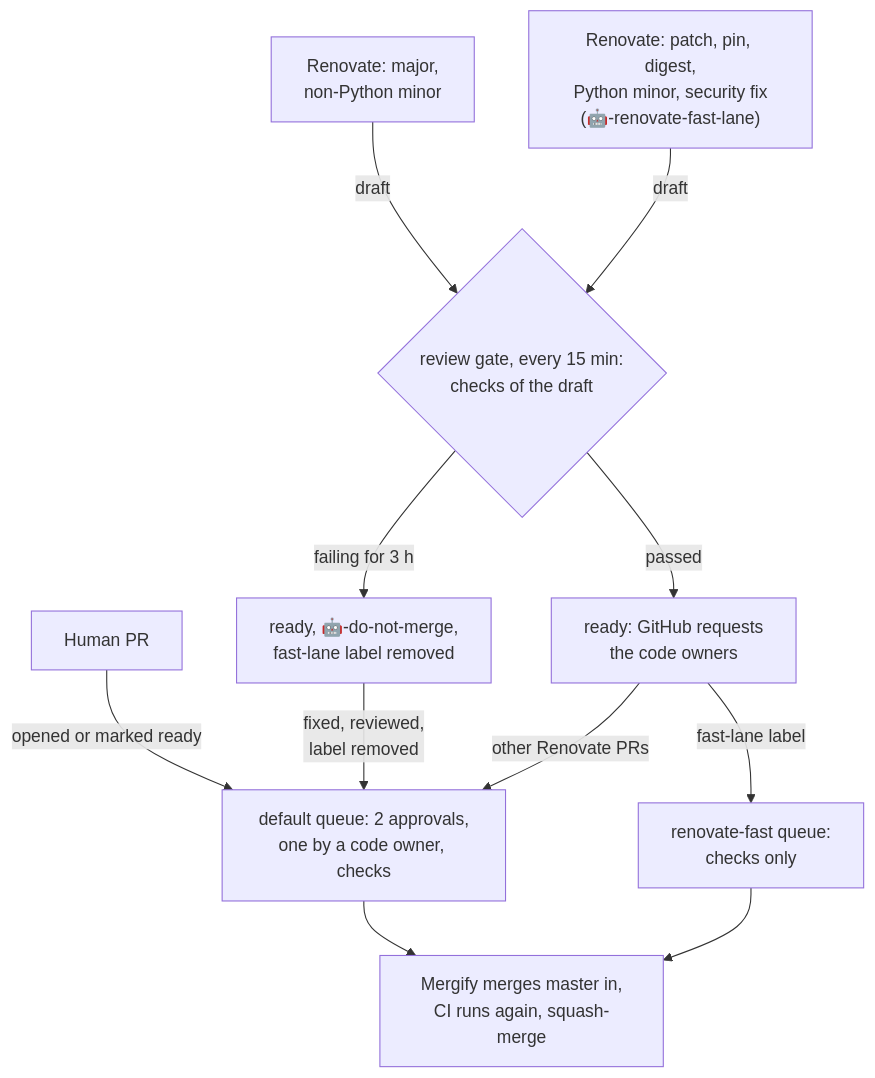
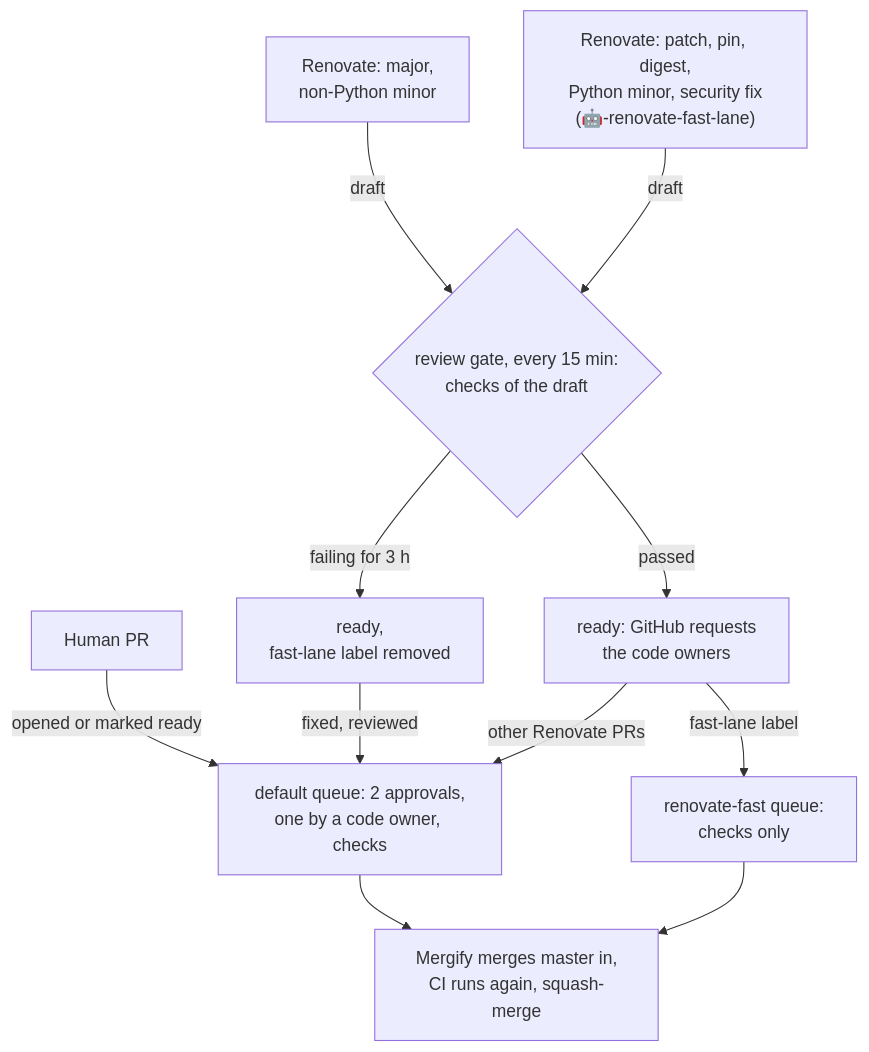
Before and after one commit to ITISFoundation/osparc-simcore: the first of 2 diagrams in docs/renovate.md, drawn with Mermaid. The commit also changed other lines of this file and 2 other files, not shown here.

````diff
--- a/docs/renovate.md
+++ b/docs/renovate.md
@@ -72,23 +72,23 @@
 ```mermaid
 flowchart TD
     human["Human PR"]
     fast["Renovate: patch, pin, digest,<br/>Python minor, security fix<br/>(🤖-renovate-fast-lane)"]
     other["Renovate: major,<br/>non-Python minor"]
     gate{"review gate, every 15 min:<br/>checks of the draft"}
     ready["ready: GitHub requests<br/>the code owners"]
-    held["ready, 🤖-do-not-merge,<br/>fast-lane label removed"]
+    held["ready,<br/>fast-lane label removed"]
     fastq["renovate-fast queue:<br/>checks only"]
     defq["default queue: 2 approvals,<br/>one by a code owner, checks"]
     merge["Mergify merges master in,<br/>CI runs again, squash-merge"]
 
     human -- "opened or marked ready" --> defq
     fast -- "draft" --> gate
     other -- "draft" --> gate
     gate -- "passed" --> ready
     gate -- "failing for 3 h" --> held
-    held -- "fixed, reviewed,<br/>label removed" --> defq
+    held -- "fixed, reviewed" --> defq
     ready -- "fast-lane label" --> fastq
     ready -- "other Renovate PRs" --> defq
     fastq --> merge
     defq --> merge
 ```
````
